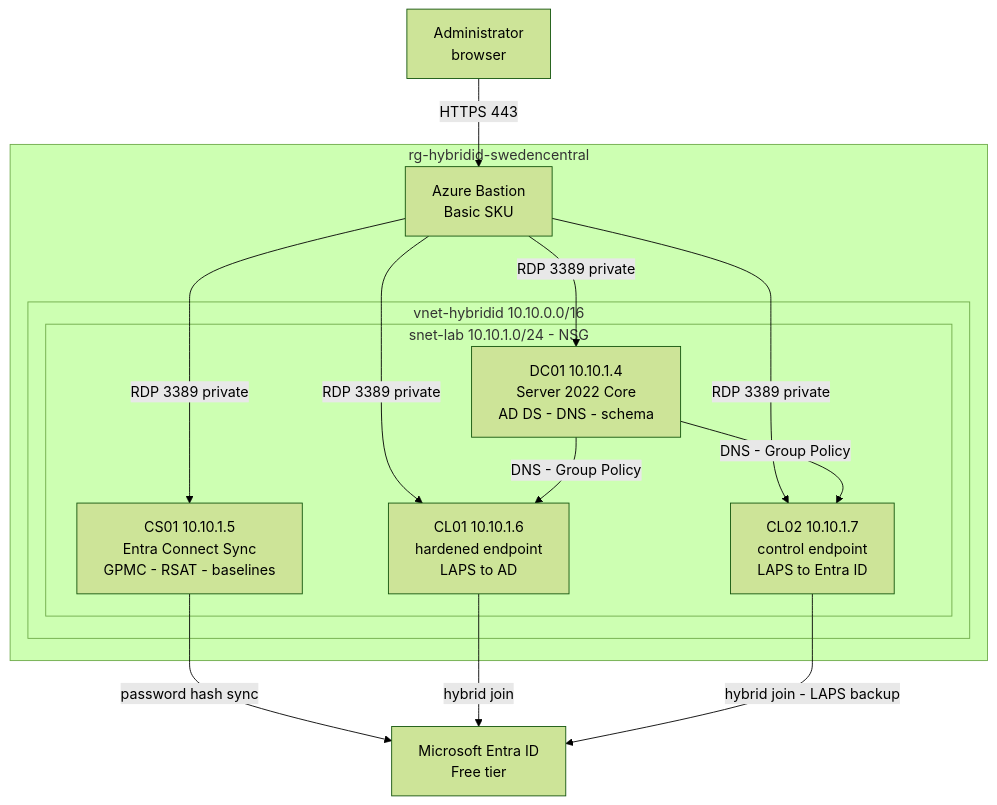
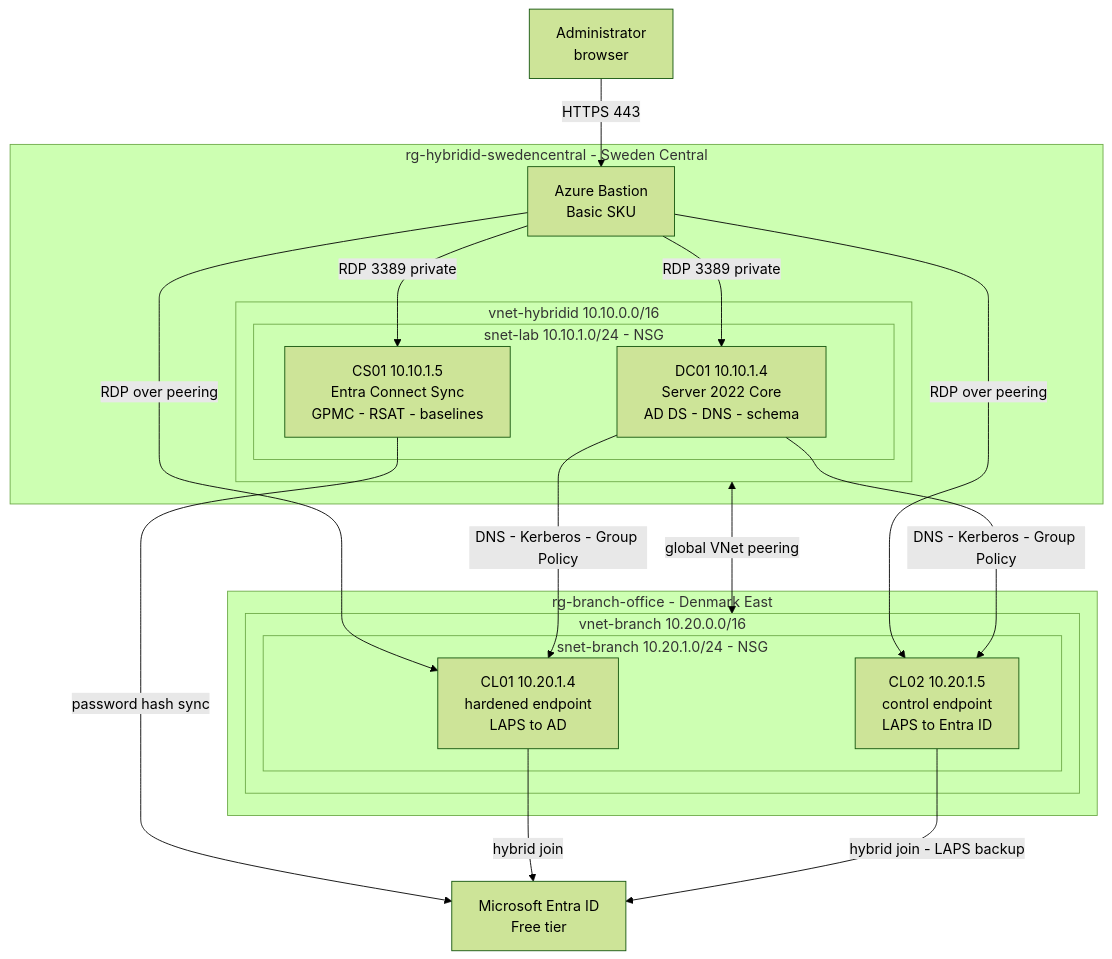
One commit to sindredg/Hybrid-Identities-EntraID-and-AD changed the diagram in README.md. Above: the diagram before and after it, drawn with Mermaid (forest theme). The commit also changed other lines of this file and 8 other files, not shown here.

````diff
--- a/README.md
+++ b/README.md
@@ -32,29 +41,37 @@
 ```mermaid
 flowchart TB
     U[Administrator<br/>browser]
 
-    subgraph rg[rg-hybridid-swedencentral]
+    subgraph hq[rg-hybridid-swedencentral - Sweden Central]
         BAS[Azure Bastion<br/>Basic SKU]
-        subgraph vnet[vnet-hybridid 10.10.0.0/16]
-            subgraph snet[snet-lab 10.10.1.0/24 - NSG]
+        subgraph vnet1[vnet-hybridid 10.10.0.0/16]
+            subgraph snet1[snet-lab 10.10.1.0/24 - NSG]
                 DC[DC01 10.10.1.4<br/>Server 2022 Core<br/>AD DS - DNS - schema]
                 MG[CS01 10.10.1.5<br/>Entra Connect Sync<br/>GPMC - RSAT - baselines]
-                C1[CL01 10.10.1.6<br/>hardened endpoint<br/>LAPS to AD]
-                C2[CL02 10.10.1.7<br/>control endpoint<br/>LAPS to Entra ID]
+            end
+        end
+    end
+
+    subgraph br[rg-branch-office - Denmark East]
+        subgraph vnet2[vnet-branch 10.20.0.0/16]
+            subgraph snet2[snet-branch 10.20.1.0/24 - NSG]
+                C1[CL01 10.20.1.4<br/>hardened endpoint<br/>LAPS to AD]
+                C2[CL02 10.20.1.5<br/>control endpoint<br/>LAPS to Entra ID]
             end
         end
     end
 
     ENT[Microsoft Entra ID<br/>Free tier]
 
     U -- HTTPS 443 --> BAS
     BAS -- RDP 3389 private --> DC
     BAS -- RDP 3389 private --> MG
-    BAS -- RDP 3389 private --> C1
-    BAS -- RDP 3389 private --> C2
-    DC -- DNS - Group Policy --> C1
-    DC -- DNS - Group Policy --> C2
+    BAS -- RDP over peering --> C1
+    BAS -- RDP over peering --> C2
+    vnet1 <-- global VNet peering --> vnet2
+    DC -- DNS - Kerberos - Group Policy --> C1
+    DC -- DNS - Kerberos - Group Policy --> C2
     MG -- password hash sync --> ENT
     C1 -- hybrid join --> ENT
     C2 -- hybrid join - LAPS backup --> ENT
 ```
````
